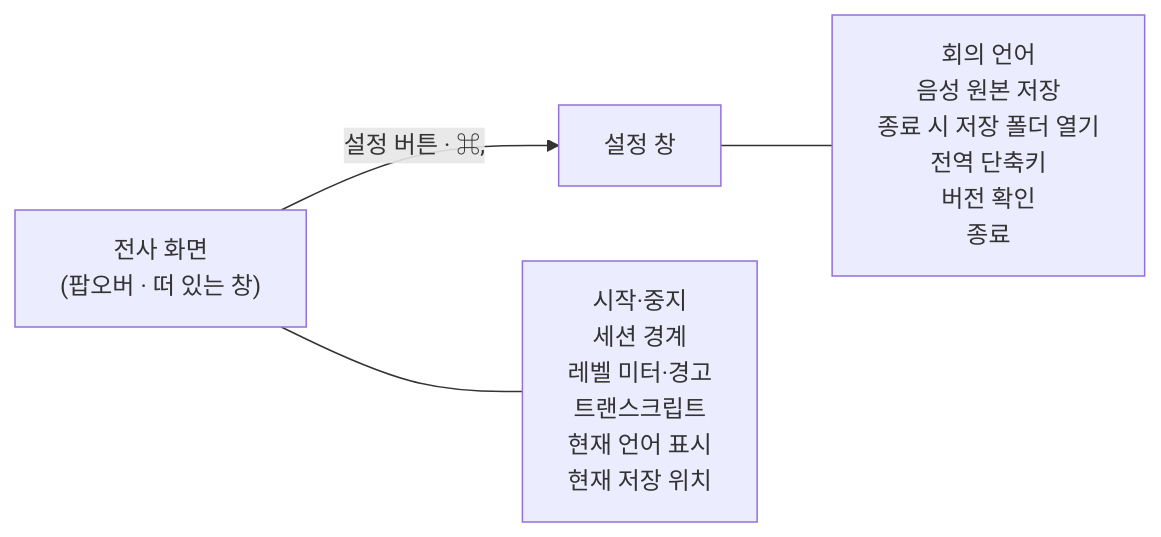
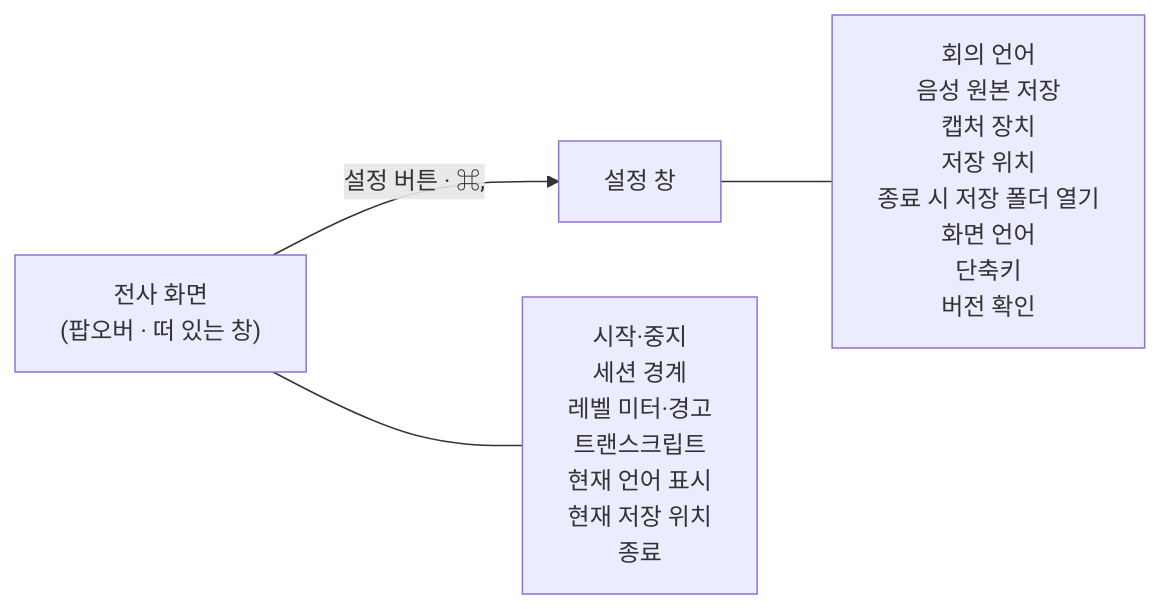
Before and after one commit to haandol/scribird: the diagram in docs/adr/session/0003-settings-surface-separation.md, drawn with Mermaid. The commit also changed other lines of this file and 5 other files, not shown here.

````diff
--- a/docs/adr/session/0003-settings-surface-separation.md
+++ b/docs/adr/session/0003-settings-surface-separation.md
@@ -114,9 +116,9 @@
 ```mermaid
 flowchart LR
     T["전사 화면<br/>(팝오버 · 떠 있는 창)"]
     S["설정 창"]
 
     T -->|"설정 버튼 · ⌘,"| S
-    T --- TC["시작·중지<br/>세션 경계<br/>레벨 미터·경고<br/>트랜스크립트<br/>현재 언어 표시<br/>현재 저장 위치"]
-    S --- SC["회의 언어<br/>음성 원본 저장<br/>종료 시 저장 폴더 열기<br/>전역 단축키<br/>버전 확인<br/>종료"]
+    T --- TC["시작·중지<br/>세션 경계<br/>레벨 미터·경고<br/>트랜스크립트<br/>현재 언어 표시<br/>현재 저장 위치<br/>종료"]
+    S --- SC["회의 언어<br/>음성 원본 저장<br/>캡처 장치<br/>저장 위치<br/>종료 시 저장 폴더 열기<br/>화면 언어<br/>단축키<br/>버전 확인"]
 ```
````
